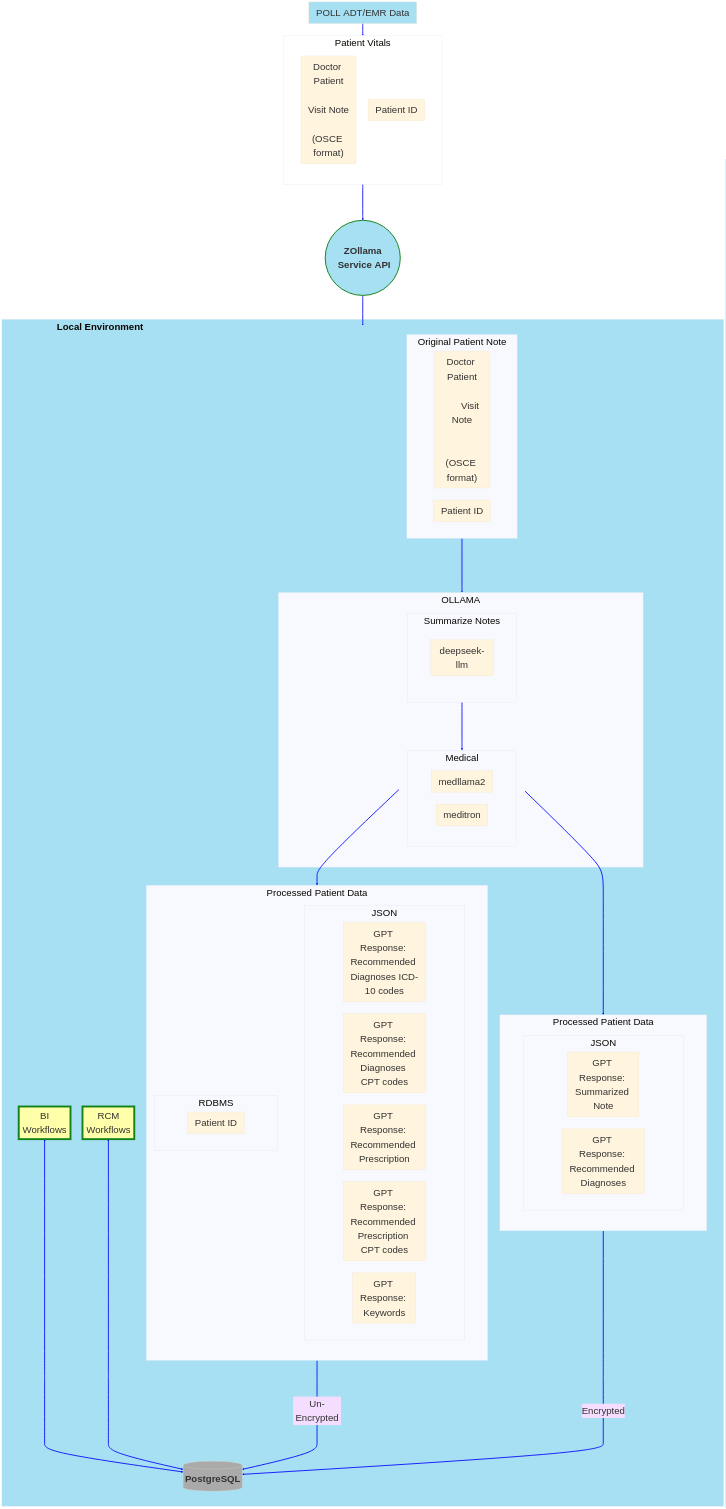
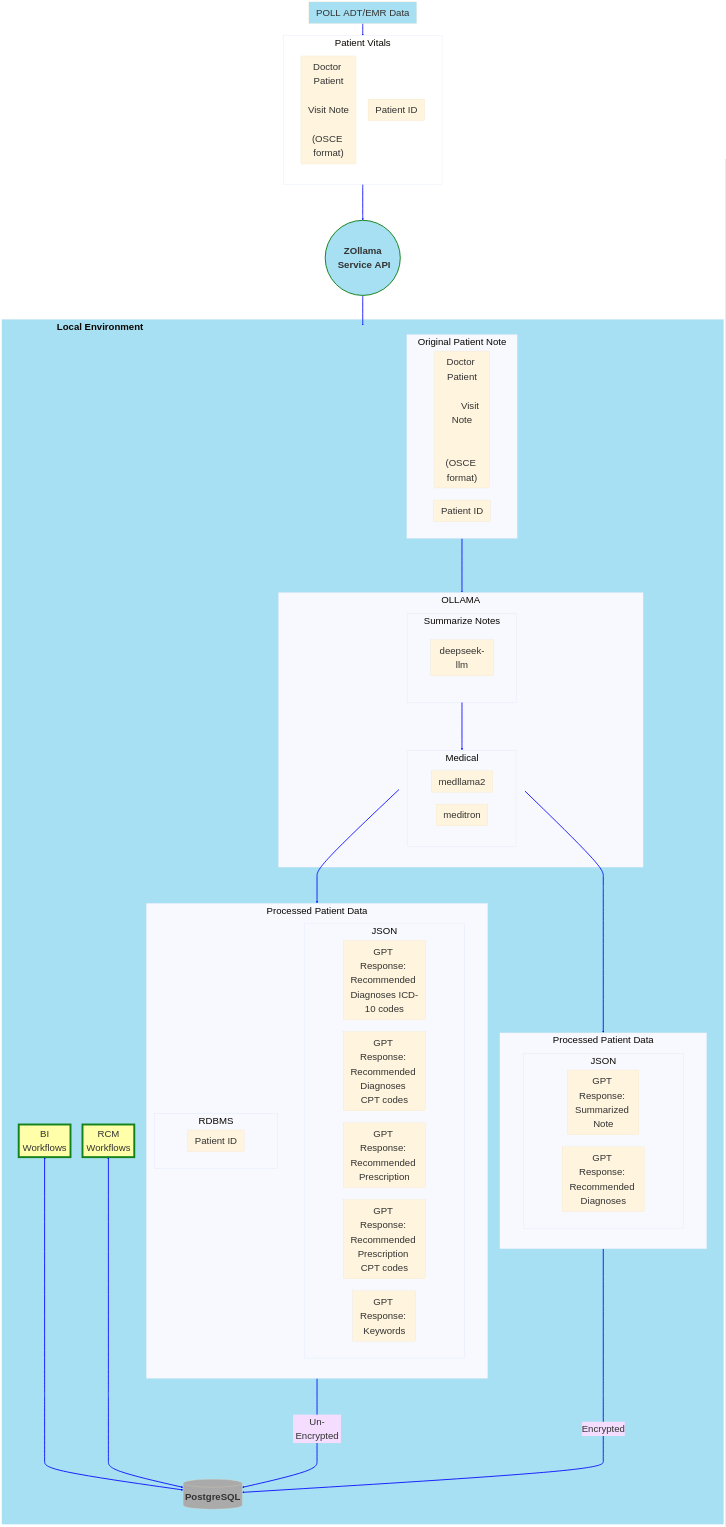
Before and after one commit to ovaisq/LLM-MedBillingForecast: the first of 3 diagrams in README.md, drawn with Mermaid.

Commit message:
Finalized overview diagram in README.md

```diff
--- a/README.md
+++ b/README.md
@@ -21,7 +21,7 @@
 
     EMRADT ==> PV ====> ZZ ===> PVO
     PVO ====> OLLAMA
-    Med ==> PPD ==Un-Encrypted=====> PSQL
+    Med ===> PPD ==Un-Encrypted=====> PSQL
     Med ==> EPPD ==Encrypted=====> PSQL
     Summary ===> Med
     BI <=====> PSQL
```
